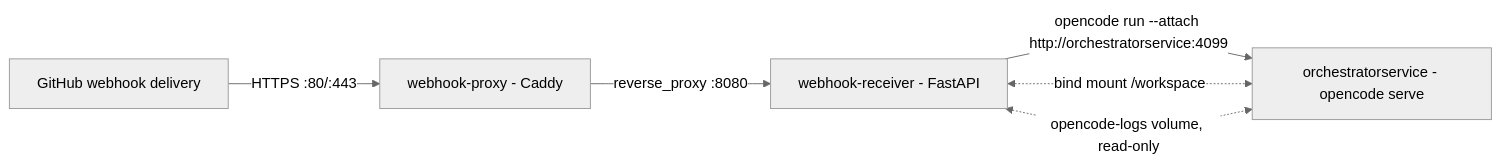
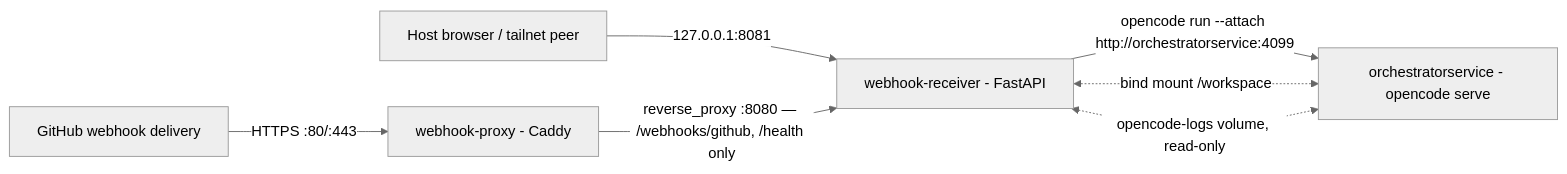
One commit to nam20485/orchestrator-service changed the diagram in droid-wiki/services/index.md. Above: the diagram before and after it, drawn with Mermaid (neutral theme). The commit also changed other lines of this file and 18 other files, not shown here.

First line of the commit message:
docs: record the dashboard local/tailnet-only access model

````diff
--- a/droid-wiki/services/index.md
+++ b/droid-wiki/services/index.md
@@ -17,8 +17,9 @@
 ```mermaid
 graph LR
     GitHub[GitHub webhook delivery] -->|HTTPS :80/:443| Proxy[webhook-proxy - Caddy]
-    Proxy -->|reverse_proxy :8080| Receiver[webhook-receiver - FastAPI]
+    Operator[Host browser / tailnet peer] -->|"127.0.0.1:8081"| Receiver[webhook-receiver - FastAPI]
+    Proxy -->|"reverse_proxy :8080 — /webhooks/github, /health only"| Receiver
     Receiver -->|opencode run --attach http://orchestratorservice:4099| Server[orchestratorservice - opencode serve]
     Receiver <-.->|bind mount /workspace| Server
     Receiver <-.->|opencode-logs volume, read-only| Server
 ```
````
